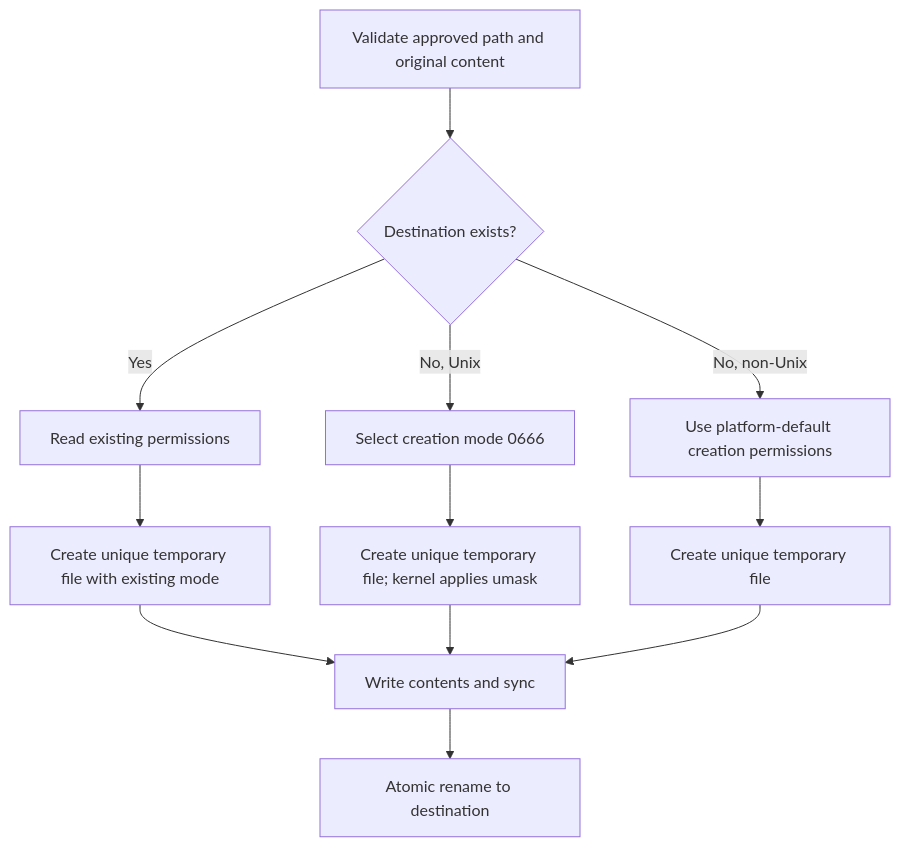
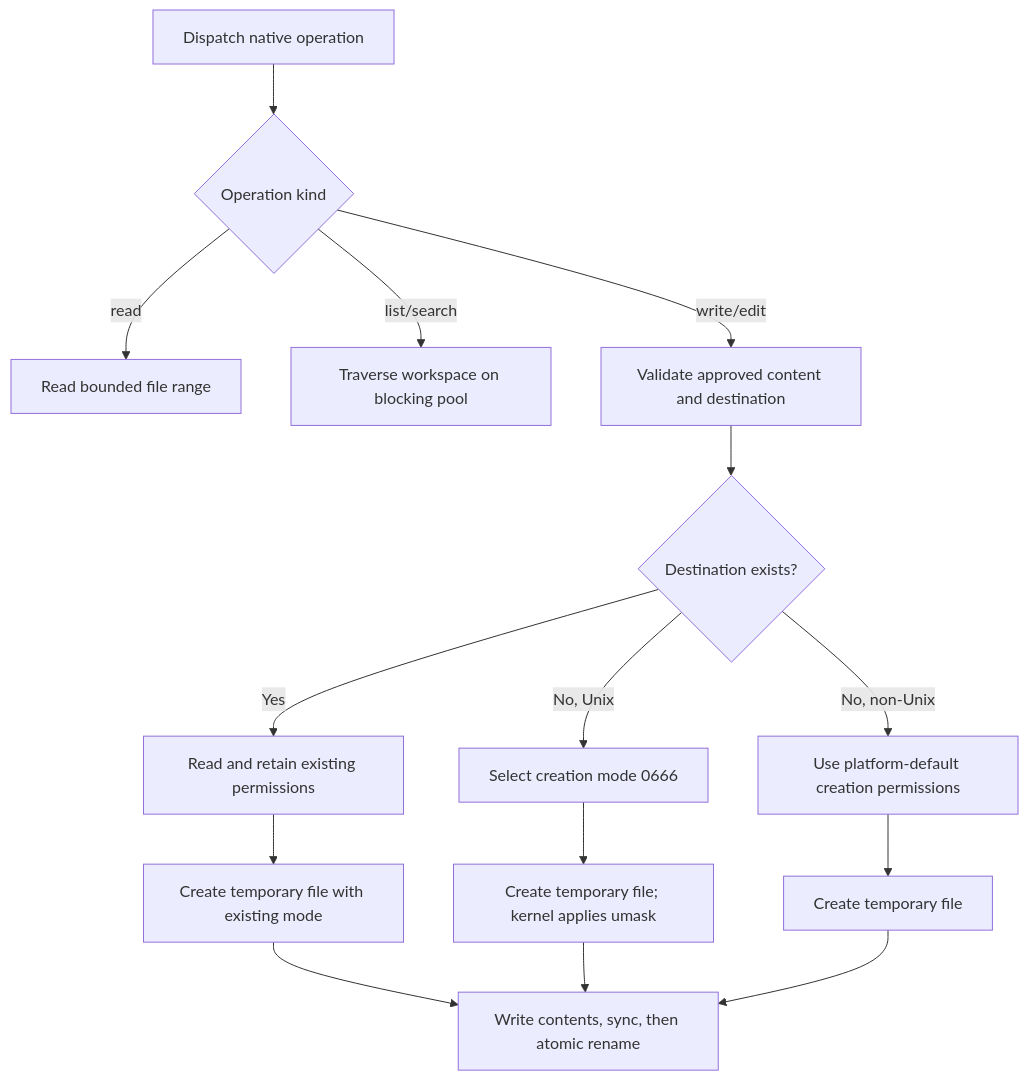
Before and after one commit to dallay/cortex: the diagram in docs/agent/implementation-specification.md, drawn with Mermaid. The commit also changed other lines of this file and 3 other files, not shown here.

````diff
--- a/docs/agent/implementation-specification.md
+++ b/docs/agent/implementation-specification.md
@@ -79,14 +81,17 @@
 ```mermaid
 flowchart TD
-    A[Validate approved path and original content] --> B{Destination exists?}
-    B -- Yes --> C[Read existing permissions]
-    B -- No, Unix --> D[Select creation mode 0666]
-    B -- No, non-Unix --> E[Use platform-default creation permissions]
-    C --> F[Create unique temporary file with existing mode]
-    D --> G[Create unique temporary file; kernel applies umask]
-    E --> H[Create unique temporary file]
-    F --> I[Write contents and sync]
-    G --> I
-    H --> I
-    I --> J[Atomic rename to destination]
+    A[Dispatch native operation] --> B{Operation kind}
+    B -- read --> C[Read bounded file range]
+    B -- list/search --> D[Traverse workspace on blocking pool]
+    B -- write/edit --> E[Validate approved content and destination]
+    E --> F{Destination exists?}
+    F -- Yes --> G[Read and retain existing permissions]
+    F -- No, Unix --> H[Select creation mode 0666]
+    F -- No, non-Unix --> I[Use platform-default creation permissions]
+    G --> J[Create temporary file with existing mode]
+    H --> K[Create temporary file; kernel applies umask]
+    I --> L[Create temporary file]
+    J --> M[Write contents, sync, then atomic rename]
+    K --> M
+    L --> M
 ```
````
